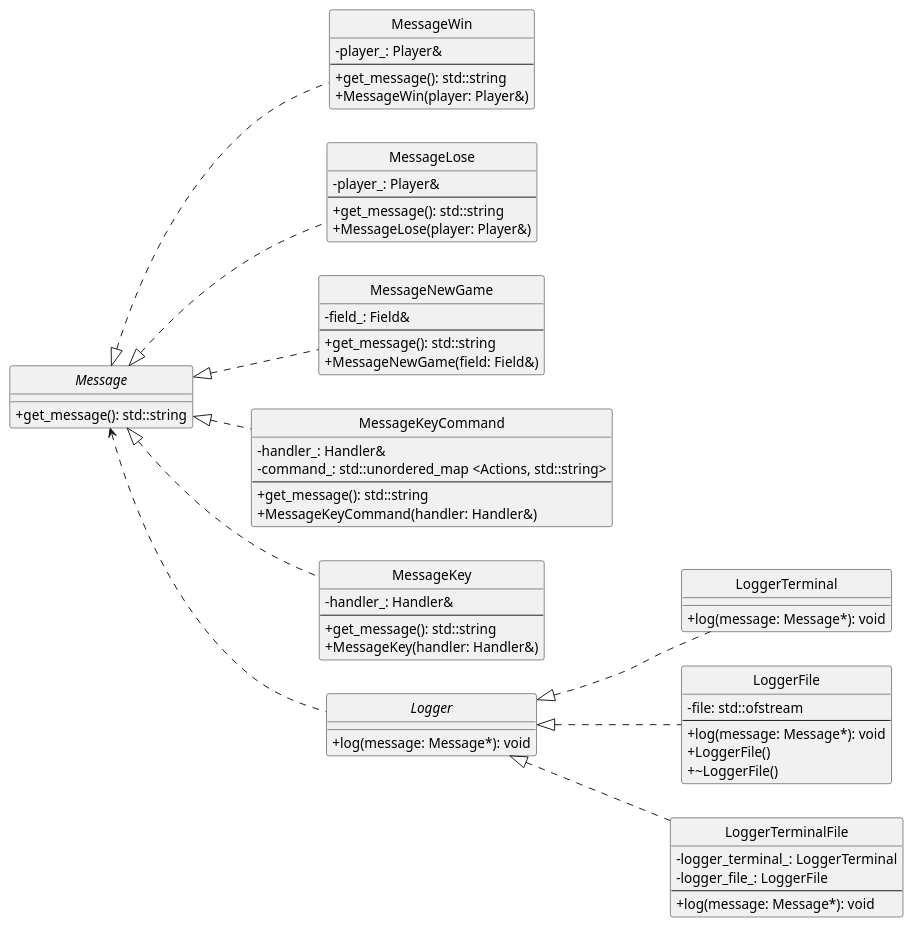
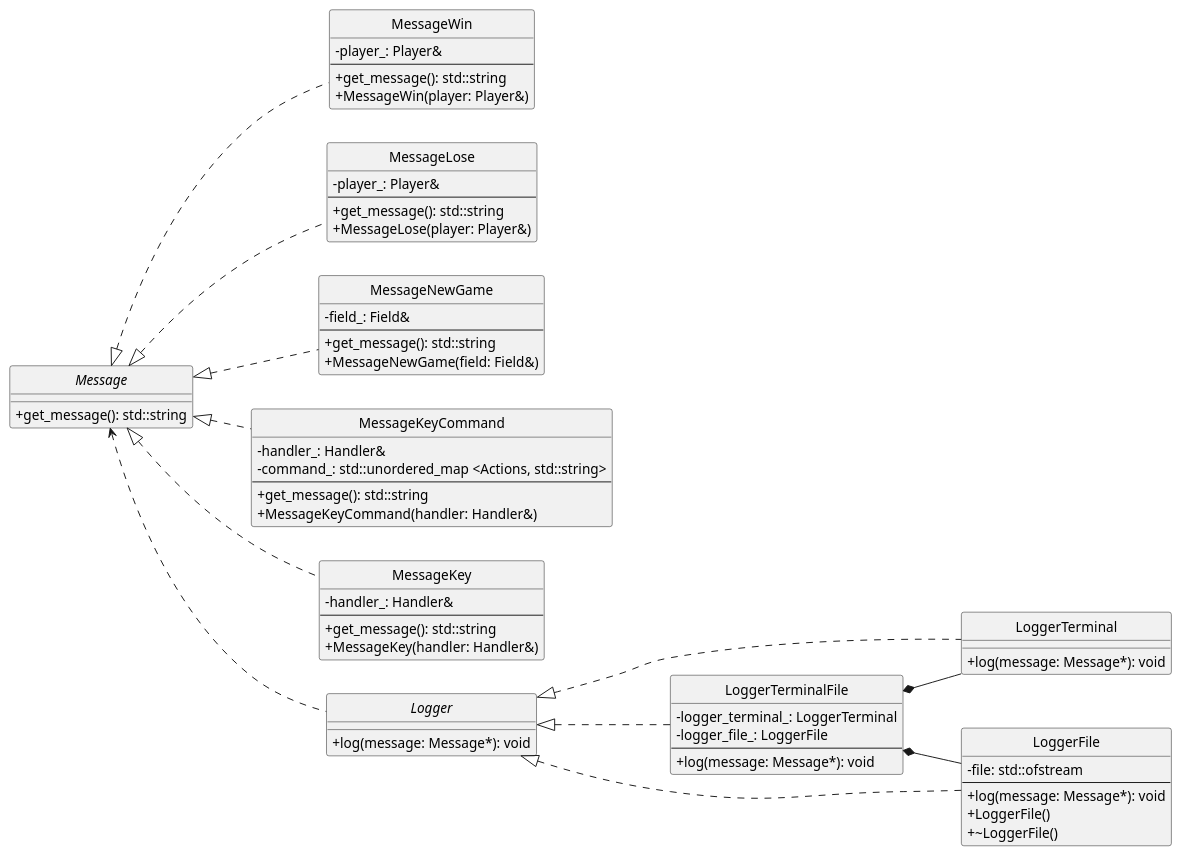
One commit to shumovod/OOP changed the diagram in reports/lb_6/diagram_lb6.puml. Above: the diagram before and after it, drawn with PlantUML. The commit also changed 19 other files, not shown here.

```diff
--- a/reports/lb_6/diagram_lb6.puml
+++ b/reports/lb_6/diagram_lb6.puml
@@ -1,81 +1,83 @@
 @startuml diagram_lb6
 
 hide circle
 skinparam classAttributeIconSize 0
 left to right direction
 
 abstract class Message {
     + get_message(): std::string
 }
 
 class MessageWin {
     - player_: Player&
     --
     + get_message(): std::string 
     + MessageWin(player: Player&)
 }
 
 class MessageLose {
     - player_: Player&
     --
     + get_message(): std::string 
     + MessageLose(player: Player&)
 }
 
 class MessageNewGame {
     - field_: Field&
     --
     + get_message(): std::string 
     + MessageNewGame(field: Field&) 
 }
 
 class MessageKeyCommand {
     - handler_: Handler&
     - command_: std::unordered_map <Actions, std::string>
     --
     + get_message(): std::string 
     + MessageKeyCommand(handler: Handler&) 
 }
 
 class MessageKey {
     - handler_: Handler&
     --
     + get_message(): std::string 
     + MessageKey(handler: Handler&) 
 }
 
 abstract class Logger {
     + log(message: Message*): void
 }
 
 class LoggerTerminal {
     + log(message: Message*): void
 }
 
 class LoggerFile {
     - file: std::ofstream
     --
     + log(message: Message*): void
     + LoggerFile()
     + ~LoggerFile()
 }
 
 class LoggerTerminalFile {
     - logger_terminal_: LoggerTerminal
     - logger_file_: LoggerFile
     --
     + log(message: Message*): void
 }
 
 Message <|.. MessageWin
 Message <|.. MessageLose
 Message <|.. MessageNewGame
 Message <|.. MessageKeyCommand
 Message <|.. MessageKey
 Logger <|.. LoggerTerminal
 Logger <|.. LoggerFile
 Logger <|.. LoggerTerminalFile
 Message <.. Logger
+LoggerTerminalFile *-- LoggerTerminal
+LoggerTerminalFile *-- LoggerFile
 
 
 @enduml
```
